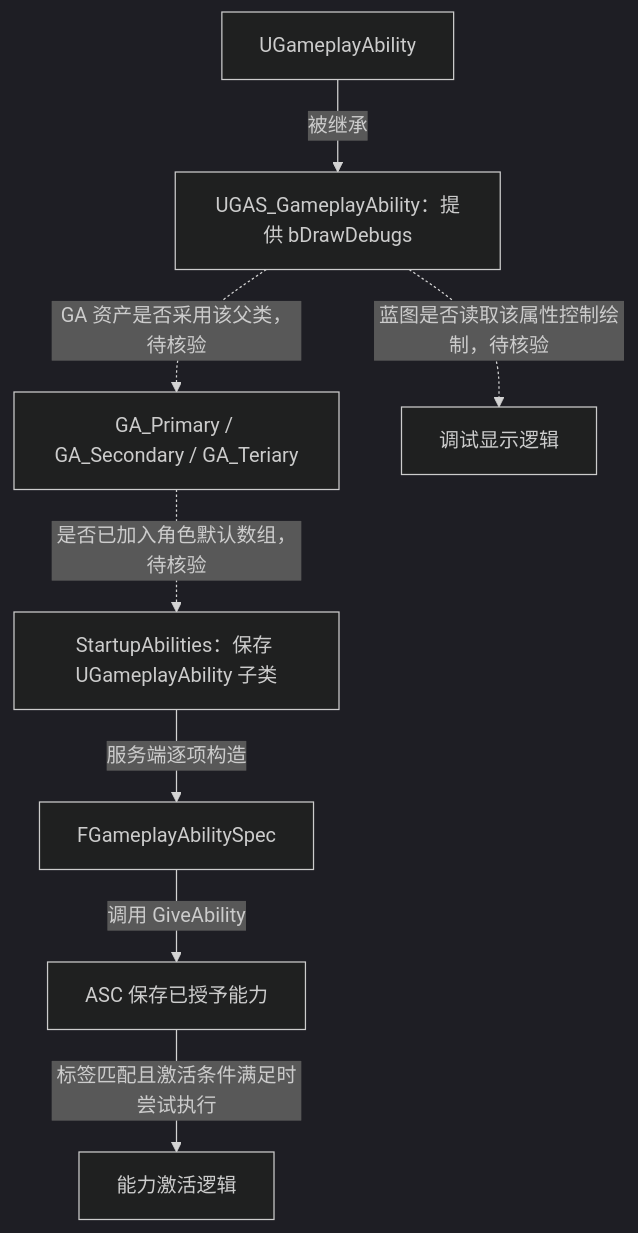
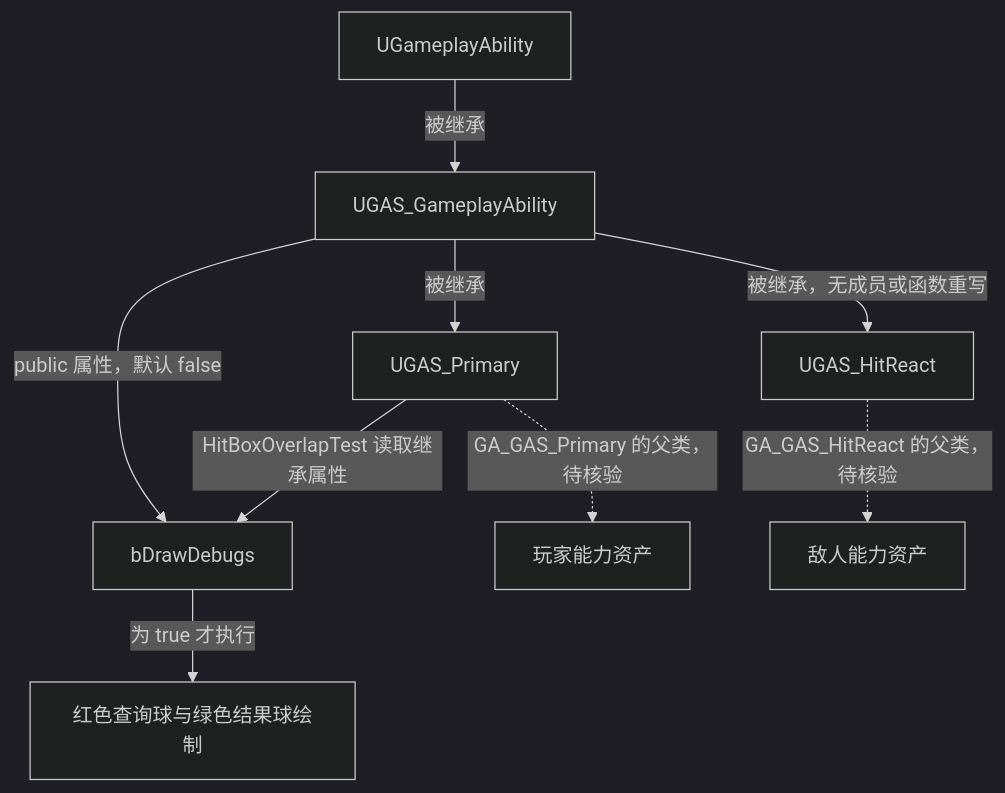
The diagram in AbilitySystem/GameplayAbility.md (xue1ong/GAS_StudyNotes), drawn with Mermaid (dark theme) before and after one commit. The commit also changed other lines of this file and 14 other files, not shown here.

````diff
--- a/AbilitySystem/GameplayAbility.md
+++ b/AbilitySystem/GameplayAbility.md
@@ -35,10 +34,11 @@
 ```mermaid
 flowchart TD
-    engine["UGameplayAbility"] -->|"被继承"| custom["UGAS_GameplayAbility：提供 bDrawDebugs"]
-    custom -.->|"GA 资产是否采用该父类，待核验"| assets["GA_Primary / GA_Secondary / GA_Teriary"]
-    assets -.->|"是否已加入角色默认数组，待核验"| startup["StartupAbilities：保存 UGameplayAbility 子类"]
-    startup -->|"服务端逐项构造"| spec["FGameplayAbilitySpec"]
-    spec -->|"调用 GiveAbility"| asc["ASC 保存已授予能力"]
-    asc -->|"标签匹配且激活条件满足时尝试执行"| activation["能力激活逻辑"]
-    custom -.->|"蓝图是否读取该属性控制绘制，待核验"| debug["调试显示逻辑"]
+    engine["UGameplayAbility"] -->|"被继承"| base["UGAS_GameplayAbility"]
+    base -->|"public 属性，默认 false"| flag["bDrawDebugs"]
+    base -->|"被继承"| primary["UGAS_Primary"]
+    base -->|"被继承，无成员或函数重写"| hit["UGAS_HitReact"]
+    primary -->|"HitBoxOverlapTest 读取继承属性"| flag
+    flag -->|"为 true 才执行"| draw["红色查询球与绿色结果球绘制"]
+    primary -.->|"GA_GAS_Primary 的父类，待核验"| primaryAsset["玩家能力资产"]
+    hit -.->|"GA_GAS_HitReact 的父类，待核验"| hitAsset["敌人能力资产"]
 ```
````
